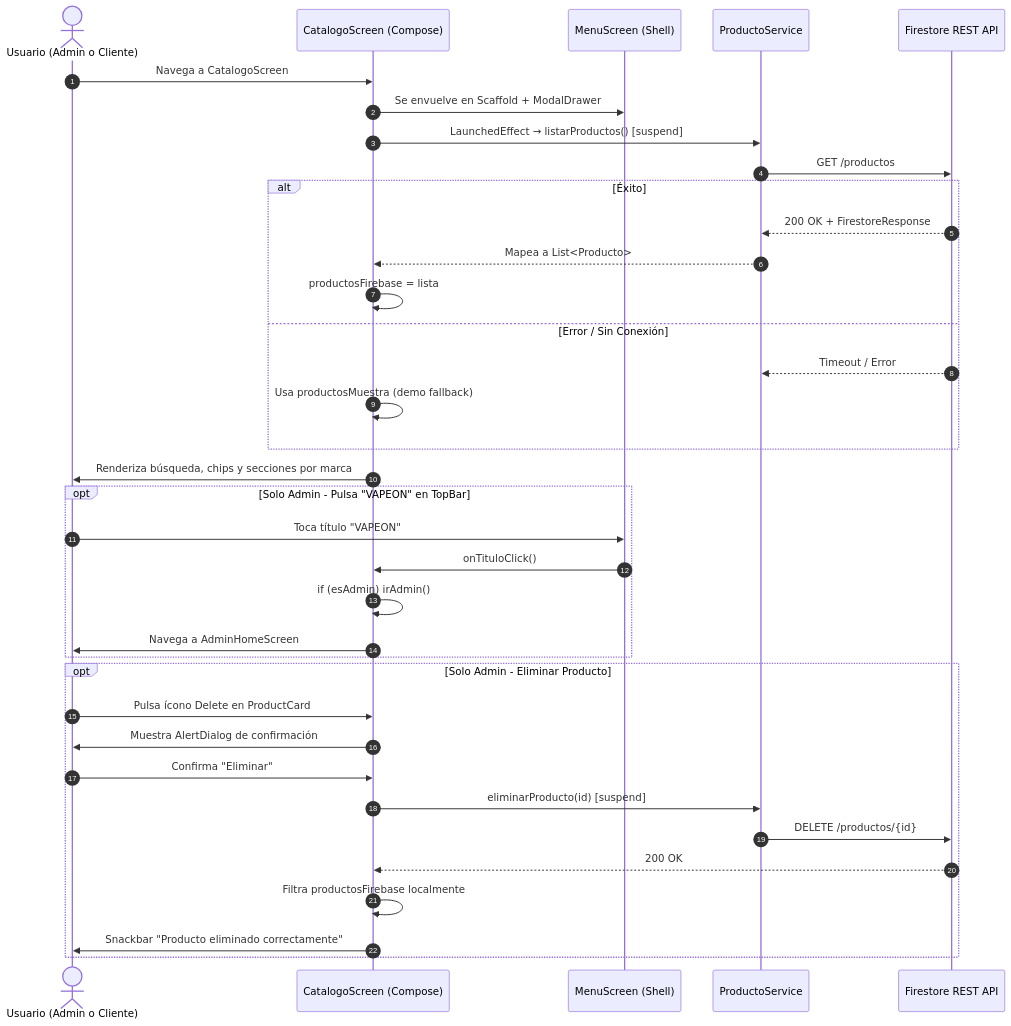
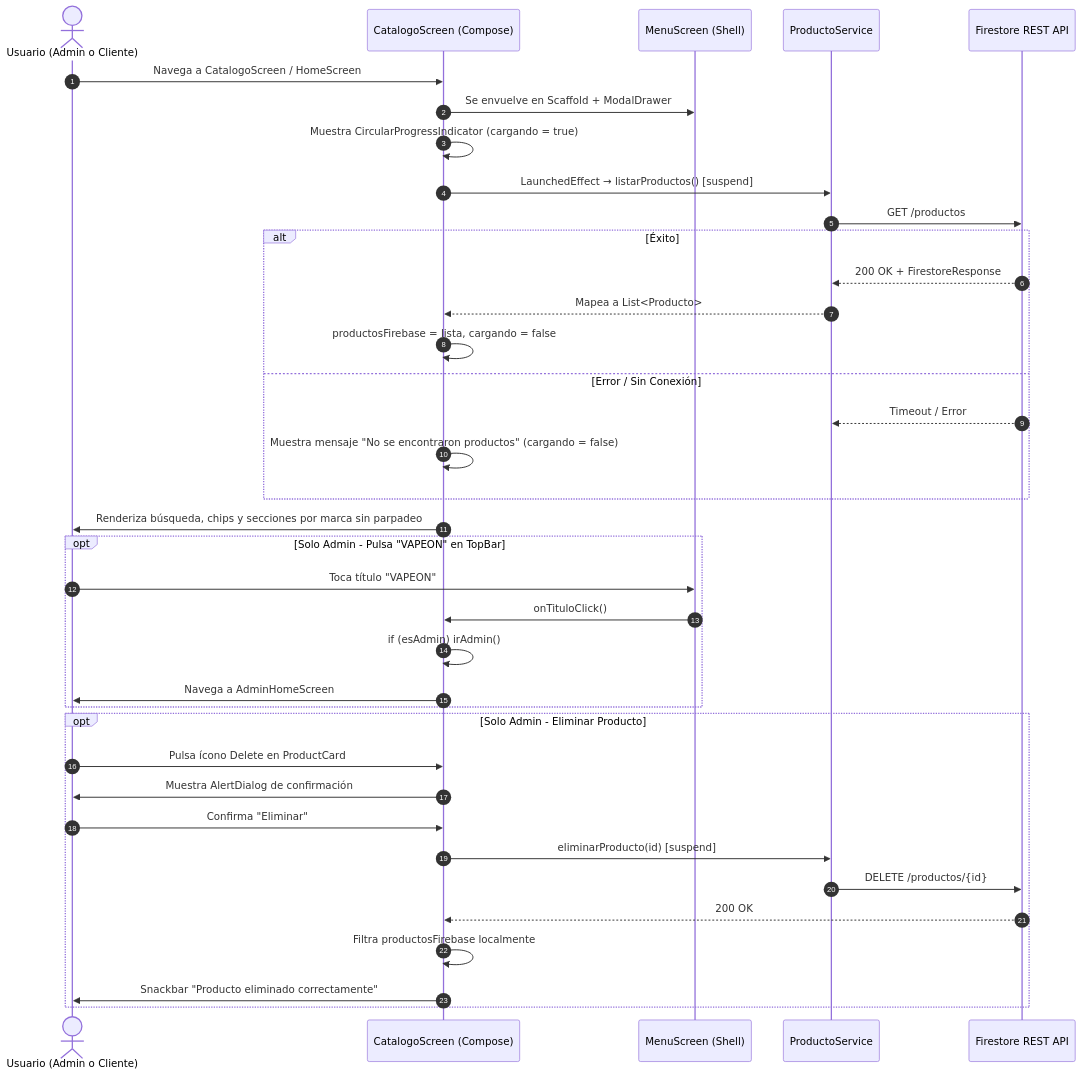
The second of 2 diagrams in doc/specs/catalogo_spec.md (Fabricio151205/AppMovil_VapeOn), drawn with Mermaid before and after one commit. The commit also changed other lines of this file and 9 other files, not shown here.

````diff
--- a/doc/specs/catalogo_spec.md
+++ b/doc/specs/catalogo_spec.md
@@ -89,41 +88,42 @@
 ```mermaid
 sequenceDiagram
     autonumber
     actor User as Usuario (Admin o Cliente)
     participant UI as CatalogoScreen (Compose)
     participant Menu as MenuScreen (Shell)
     participant Service as ProductoService
     participant Firestore as Firestore REST API
 
-    User->>UI: Navega a CatalogoScreen
+    User->>UI: Navega a CatalogoScreen / HomeScreen
     UI->>Menu: Se envuelve en Scaffold + ModalDrawer
+    UI->>UI: Muestra CircularProgressIndicator (cargando = true)
     UI->>Service: LaunchedEffect → listarProductos() [suspend]
     Service->>Firestore: GET /productos
     alt Éxito
         Firestore-->>Service: 200 OK + FirestoreResponse
         Service-->>UI: Mapea a List<Producto>
-        UI->>UI: productosFirebase = lista
+        UI->>UI: productosFirebase = lista, cargando = false
     else Error / Sin Conexión
         Firestore-->>Service: Timeout / Error
-        UI->>UI: Usa productosMuestra (demo fallback)
+        UI->>UI: Muestra mensaje "No se encontraron productos" (cargando = false)
     end
-    UI->>User: Renderiza búsqueda, chips y secciones por marca
+    UI->>User: Renderiza búsqueda, chips y secciones por marca sin parpadeo
 
     opt Solo Admin - Pulsa "VAPEON" en TopBar
         User->>Menu: Toca título "VAPEON"
         Menu->>UI: onTituloClick()
         UI->>UI: if (esAdmin) irAdmin()
         UI->>User: Navega a AdminHomeScreen
     end
 
     opt Solo Admin - Eliminar Producto
         User->>UI: Pulsa ícono Delete en ProductCard
         UI->>User: Muestra AlertDialog de confirmación
         User->>UI: Confirma "Eliminar"
         UI->>Service: eliminarProducto(id) [suspend]
         Service->>Firestore: DELETE /productos/{id}
         Firestore-->>UI: 200 OK
         UI->>UI: Filtra productosFirebase localmente
         UI->>User: Snackbar "Producto eliminado correctamente"
     end
 ```
````
